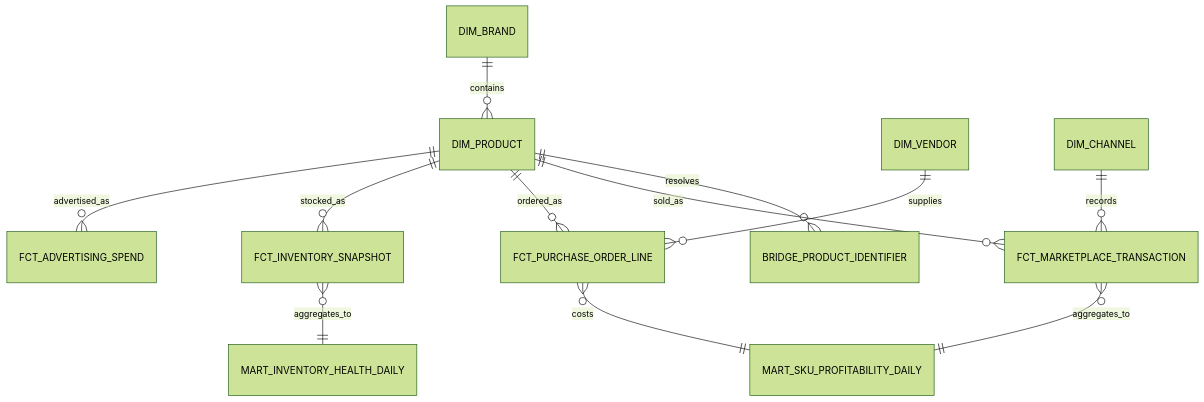
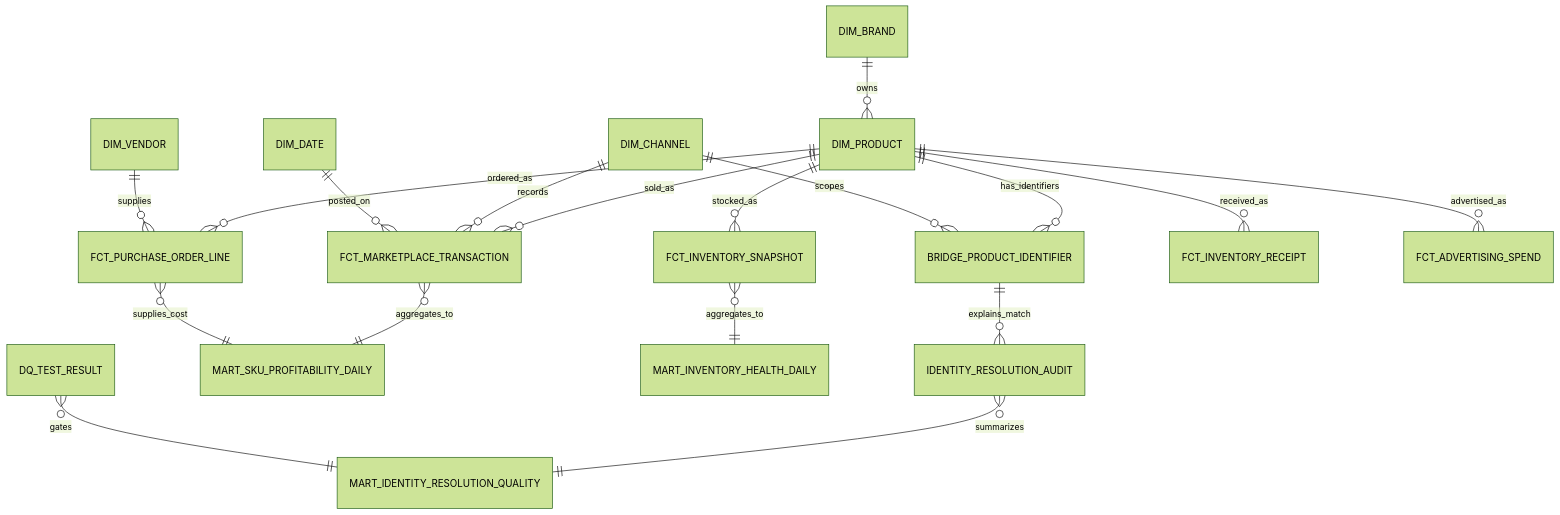
One commit to rubenatello/luminize-assessment changed the diagram in docs/data_model_diagram.mmd. Above: the diagram before and after it, drawn with Mermaid (forest theme). The commit also changed 20 other files, not shown here.

Commit message:
Complete deliverables with identity and schema drift controls

```diff
--- a/docs/data_model_diagram.mmd
+++ b/docs/data_model_diagram.mmd
@@ -1,12 +1,18 @@
 erDiagram
-    DIM_BRAND ||--o{ DIM_PRODUCT : contains
-    DIM_PRODUCT ||--o{ BRIDGE_PRODUCT_IDENTIFIER : resolves
+    DIM_BRAND ||--o{ DIM_PRODUCT : owns
+    DIM_PRODUCT ||--o{ BRIDGE_PRODUCT_IDENTIFIER : has_identifiers
+    DIM_CHANNEL ||--o{ BRIDGE_PRODUCT_IDENTIFIER : scopes
+    BRIDGE_PRODUCT_IDENTIFIER ||--o{ IDENTITY_RESOLUTION_AUDIT : explains_match
     DIM_PRODUCT ||--o{ FCT_MARKETPLACE_TRANSACTION : sold_as
     DIM_PRODUCT ||--o{ FCT_PURCHASE_ORDER_LINE : ordered_as
     DIM_PRODUCT ||--o{ FCT_INVENTORY_SNAPSHOT : stocked_as
+    DIM_PRODUCT ||--o{ FCT_INVENTORY_RECEIPT : received_as
     DIM_PRODUCT ||--o{ FCT_ADVERTISING_SPEND : advertised_as
     DIM_VENDOR ||--o{ FCT_PURCHASE_ORDER_LINE : supplies
     DIM_CHANNEL ||--o{ FCT_MARKETPLACE_TRANSACTION : records
+    DIM_DATE ||--o{ FCT_MARKETPLACE_TRANSACTION : posted_on
     FCT_MARKETPLACE_TRANSACTION }o--|| MART_SKU_PROFITABILITY_DAILY : aggregates_to
-    FCT_PURCHASE_ORDER_LINE }o--|| MART_SKU_PROFITABILITY_DAILY : costs
+    FCT_PURCHASE_ORDER_LINE }o--|| MART_SKU_PROFITABILITY_DAILY : supplies_cost
     FCT_INVENTORY_SNAPSHOT }o--|| MART_INVENTORY_HEALTH_DAILY : aggregates_to
+    IDENTITY_RESOLUTION_AUDIT }o--|| MART_IDENTITY_RESOLUTION_QUALITY : summarizes
+    DQ_TEST_RESULT }o--|| MART_IDENTITY_RESOLUTION_QUALITY : gates
```
